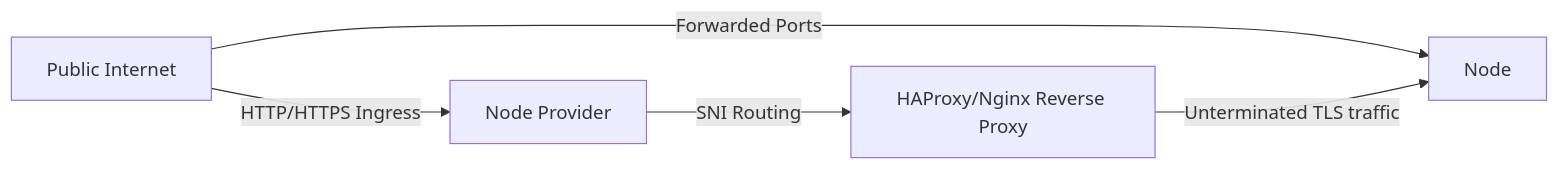
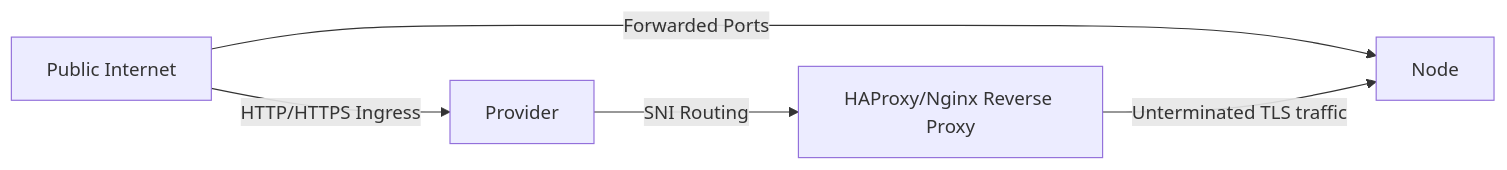
The diagram in docs/whitepaper/figures/impl-networking.mmd (decent-stuff/decent-cloud), drawn with Mermaid before and after one commit. The commit also changed 75 other files, not shown here.

First line of the commit message:
chore: Rename Node Provider to Provider

```diff
--- a/docs/whitepaper/figures/impl-networking.mmd
+++ b/docs/whitepaper/figures/impl-networking.mmd
@@ -1,5 +1,5 @@
 graph LR
   A[Public Internet] -- Forwarded Ports --> N[Node]
-  A[Public Internet] -- HTTP/HTTPS Ingress --> NP[Node Provider]
-  NP -- SNI Routing --> RP[HAProxy/Nginx Reverse Proxy]
+  A[Public Internet] -- HTTP/HTTPS Ingress --> Provider
+  Provider -- SNI Routing --> RP[HAProxy/Nginx Reverse Proxy]
   RP -- Unterminated TLS traffic --> N
```
